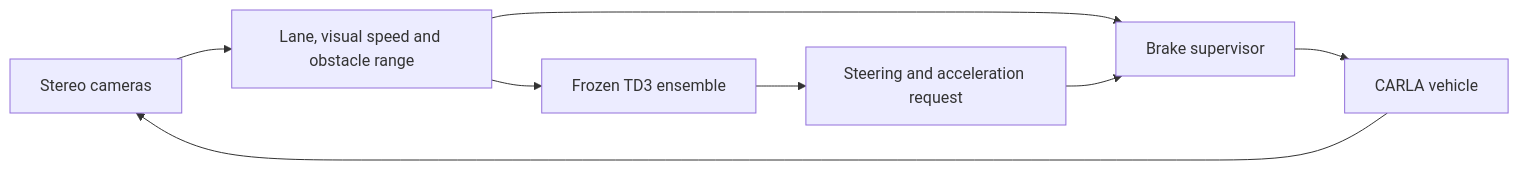
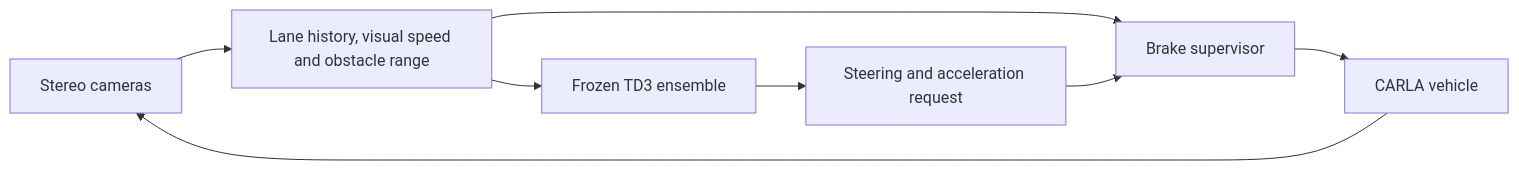
One commit to Nandhini1github/RL-SAC-Driving-Geometric-Vision changed the diagram in README.md. Above: the diagram before and after it, drawn with Mermaid. The commit also changed other lines of this file and 74 other files, not shown here.

````diff
--- a/README.md
+++ b/README.md
@@ -23,10 +30,10 @@
 ```mermaid
 flowchart LR
-    A[Stereo cameras] --> B[Lane, visual speed and obstacle range]
+    A[Stereo cameras] --> B[Lane history, visual speed and obstacle range]
     B --> C[Frozen TD3 ensemble]
     C --> D[Steering and acceleration request]
     B --> E[Brake supervisor]
     D --> E
     E --> F[CARLA vehicle]
     F --> A
 ```
````
